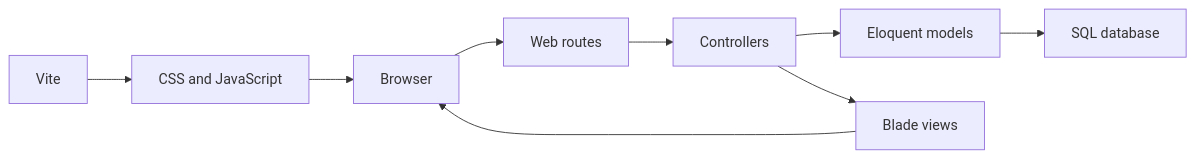
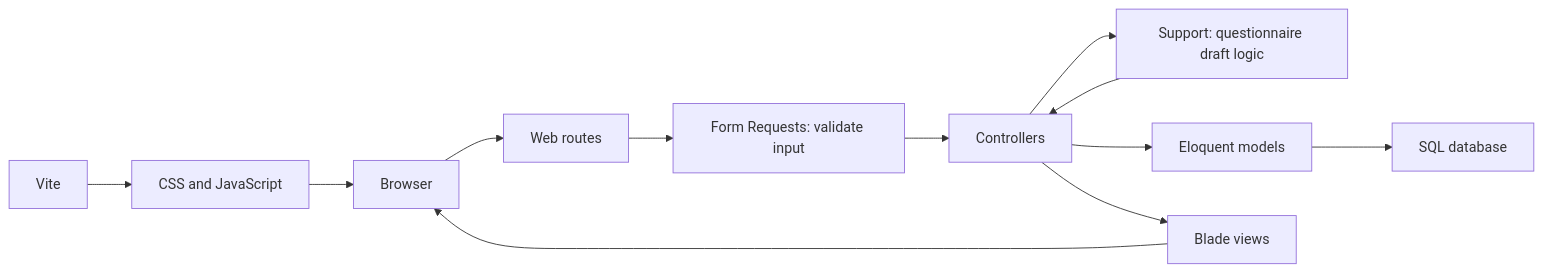
The diagram in docs/04 Application Architecture.md (yannickict/Evalio), drawn with Mermaid before and after one commit. The commit also changed other lines of this file and 43 other files, not shown here.

First line of the commit message:
refactor: organize backend flows and validate feedback submissions

````diff
--- a/docs/04 Application Architecture.md
+++ b/docs/04 Application Architecture.md
@@ -9,11 +11,14 @@
 ```mermaid
 flowchart LR
     Browser --> Routes[Web routes]
-    Routes --> Controllers
+    Routes --> Requests[Form Requests: validate input]
+    Requests --> Controllers
+    Controllers --> Support[Support: questionnaire draft logic]
+    Support --> Controllers
     Controllers --> Models[Eloquent models]
     Models --> Database[SQL database]
     Controllers --> Blade[Blade views]
     Blade --> Browser
     Vite --> Assets[CSS and JavaScript]
     Assets --> Browser
 ```
````
